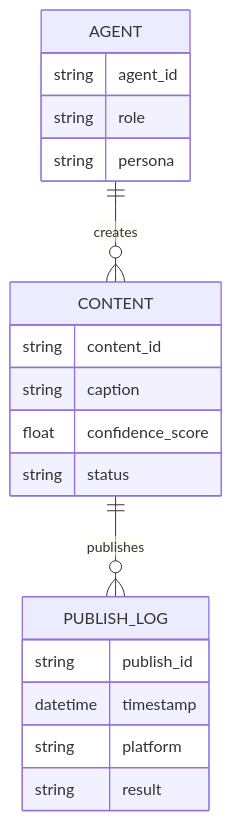
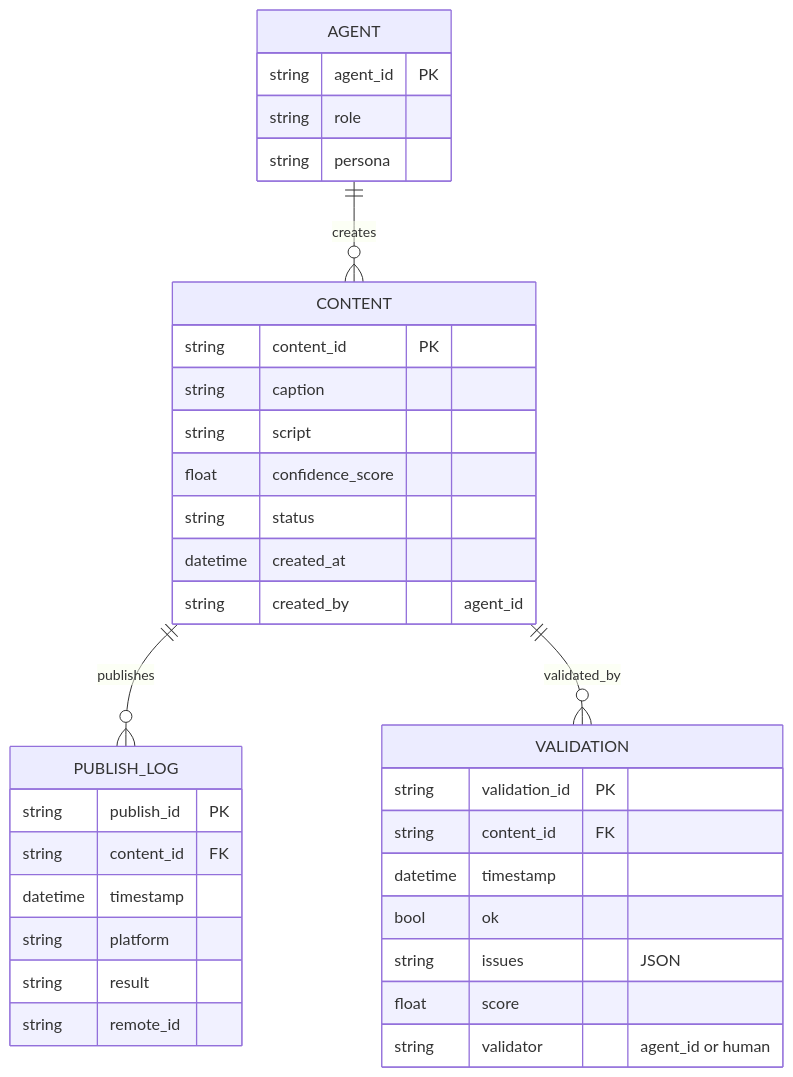
One commit to ephrata1888/project-chimera changed the diagram in specs/technical.md. Above: the diagram before and after it, drawn with Mermaid. The commit also changed other lines of this file and 14 other files, not shown here.

````diff
--- a/specs/technical.md
+++ b/specs/technical.md
@@ -33,25 +84,41 @@
 ```mermaid
 erDiagram
     AGENT ||--o{ CONTENT : creates
     CONTENT ||--o{ PUBLISH_LOG : publishes
+    CONTENT ||--o{ VALIDATION : validated_by
 
     AGENT {
-        string agent_id
+        string agent_id PK
         string role
         string persona
     }
 
     CONTENT {
-        string content_id
+        string content_id PK
         string caption
+        string script
         float confidence_score
         string status
+        datetime created_at
+        string created_by  "agent_id"
+    }
+
+    VALIDATION {
+        string validation_id PK
+        string content_id FK
+        datetime timestamp
+        bool ok
+        string issues  "JSON"
+        float score
+        string validator  "agent_id or human"
     }
 
     PUBLISH_LOG {
-        string publish_id
+        string publish_id PK
+        string content_id FK
         datetime timestamp
         string platform
         string result
+        string remote_id
     }
 ```
````
